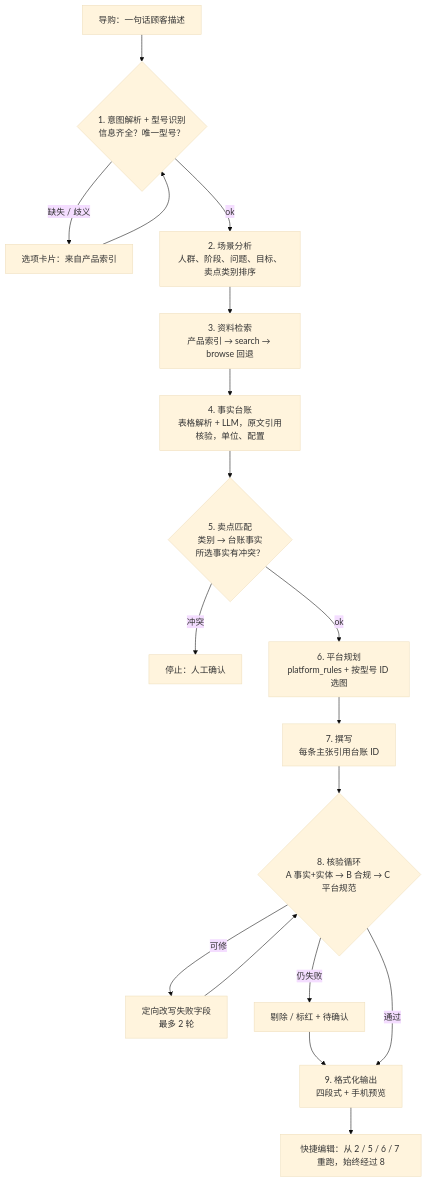
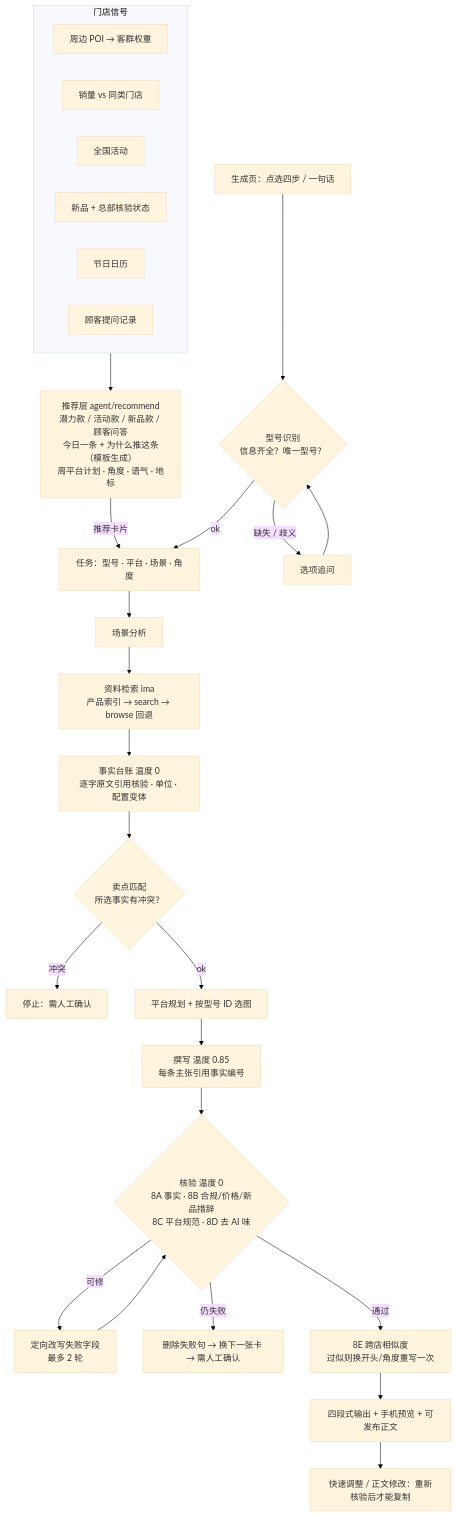
Before and after one commit to JoseLendy/pbw-gemoy: the diagram in docs/项目说明.md, drawn with Mermaid (base theme). The commit also changed other lines of this file and 10 other files, not shown here.

````diff
--- a/docs/项目说明.md
+++ b/docs/项目说明.md
@@ -10,18 +28,29 @@
 ```mermaid
 flowchart TD
-    U[导购：一句话顾客描述] --> G1{1. 意图解析 + 型号识别<br/>信息齐全？唯一型号？}
-    G1 -- 缺失 / 歧义 --> Q1[选项卡片：来自产品索引] --> G1
-    G1 -- ok --> S2[2. 场景分析<br/>人群、阶段、问题、目标、卖点类别排序]
-    S2 --> S3[3. 资料检索<br/>产品索引 → search → browse 回退]
-    S3 --> S4[4. 事实台账<br/>表格解析 + LLM，原文引用核验，单位、配置]
-    S4 --> G5{5. 卖点匹配<br/>类别 → 台账事实<br/>所选事实有冲突？}
-    G5 -- 冲突 --> H[停止：人工确认]
-    G5 -- ok --> S6[6. 平台规划<br/>platform_rules + 按型号 ID 选图]
-    S6 --> S7[7. 撰写<br/>每条主张引用台账 ID]
-    S7 --> C8{8. 核验循环<br/>A 事实+实体 → B 合规 → C 平台规范}
+    subgraph SIG[门店信号]
+      P[周边 POI → 客群权重]
+      S[销量 vs 同类门店]
+      A[全国活动]
+      N[新品 + 总部核验状态]
+      C[节日日历]
+      Q[顾客提问记录]
+    end
+    SIG --> R[推荐层 agent/recommend<br/>潜力款 / 活动款 / 新品款 / 顾客问答<br/>今日一条 + 为什么推这条（模板生成）<br/>周平台计划 · 角度 · 语气 · 地标]
+    R -->|推荐卡片| T[任务：型号 · 平台 · 场景 · 角度]
+    U[生成页：点选四步 / 一句话] --> I{型号识别<br/>信息齐全？唯一型号？}
+    I -- 缺失 / 歧义 --> QC[选项追问] --> I
+    I -- ok --> T
+    T --> S2[场景分析]
+    S2 --> S3[资料检索 ima<br/>产品索引 → search → browse 回退]
+    S3 --> S4[事实台账 温度 0<br/>逐字原文引用核验 · 单位 · 配置变体]
+    S4 --> G5{卖点匹配<br/>所选事实有冲突？}
+    G5 -- 冲突 --> H[停止：需人工确认]
+    G5 -- ok --> S6[平台规划 + 按型号 ID 选图]
+    S6 --> S7[撰写 温度 0.85<br/>每条主张引用事实编号]
+    S7 --> C8{核验 温度 0<br/>8A 事实 · 8B 合规/价格/新品措辞<br/>8C 平台规范 · 8D 去 AI 味}
     C8 -- 可修 --> R8[定向改写失败字段<br/>最多 2 轮] --> C8
-    C8 -- 仍失败 --> F8[剔除 / 标红 + 待确认]
-    F8 --> S9
-    C8 -- 通过 --> S9[9. 格式化输出<br/>四段式 + 手机预览]
-    S9 --> E[快捷编辑：从 2 / 5 / 6 / 7 重跑，始终经过 8]
+    C8 -- 仍失败 --> F8[删除失败句 → 换下一张卡 → 需人工确认]
+    C8 -- 通过 --> E8[8E 跨店相似度<br/>过似则换开头/角度重写一次]
+    E8 --> O[四段式输出 + 手机预览 + 可发布正文]
+    O --> QE[快速调整 / 正文修改：重新核验后才能复制]
 ```
````
